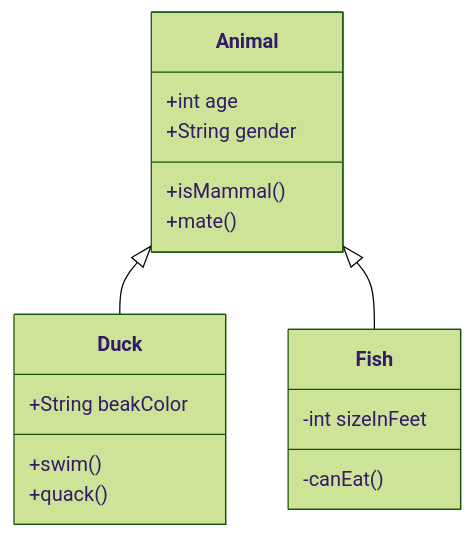
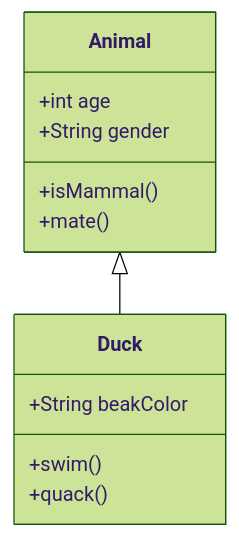
The diagram in class.mmd (TejasK-heap/TestReo), drawn with Mermaid (forest theme) before and after one commit.

Commit message:
refactor(diagram): remove fish class and inheritance

```diff
--- a/class.mmd
+++ b/class.mmd
@@ -1,16 +1,11 @@
 classDiagram
     Animal <|-- Duck
-    Animal <|-- Fish
     Animal : +int age
     Animal : +String gender
     Animal: +isMammal()
     Animal: +mate()
     class Duck{
       +String beakColor
       +swim()
       +quack()
     }
-    class Fish{
-      -int sizeInFeet
-      -canEat()
-    }
```
